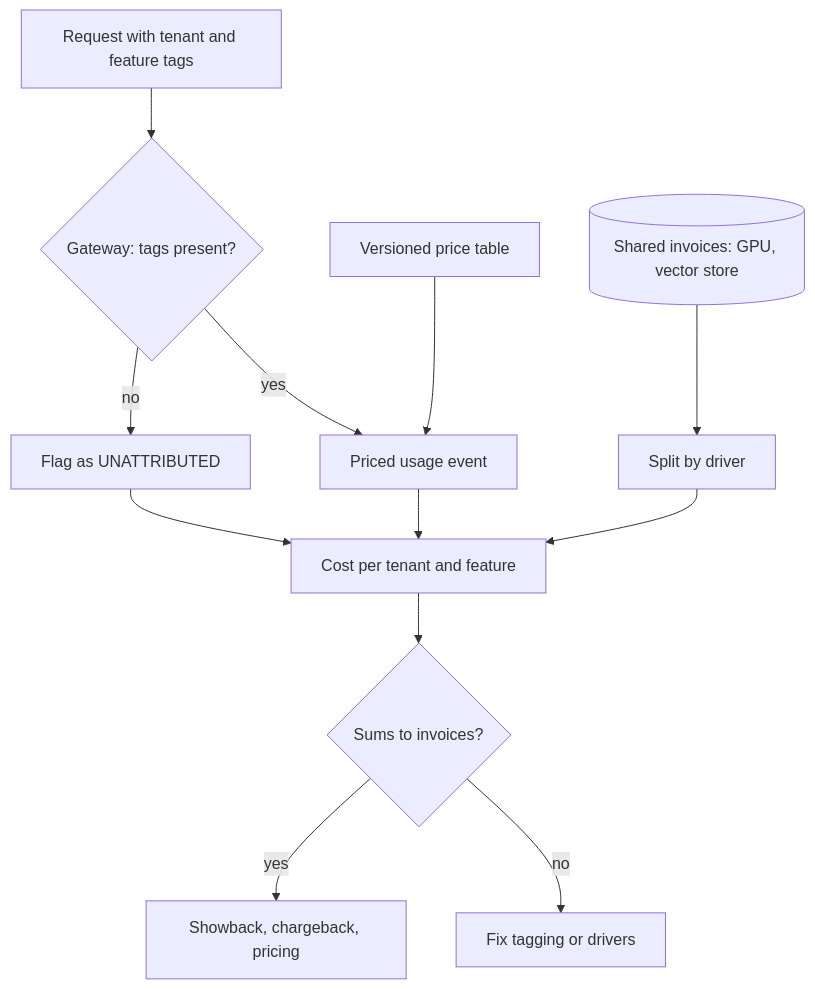
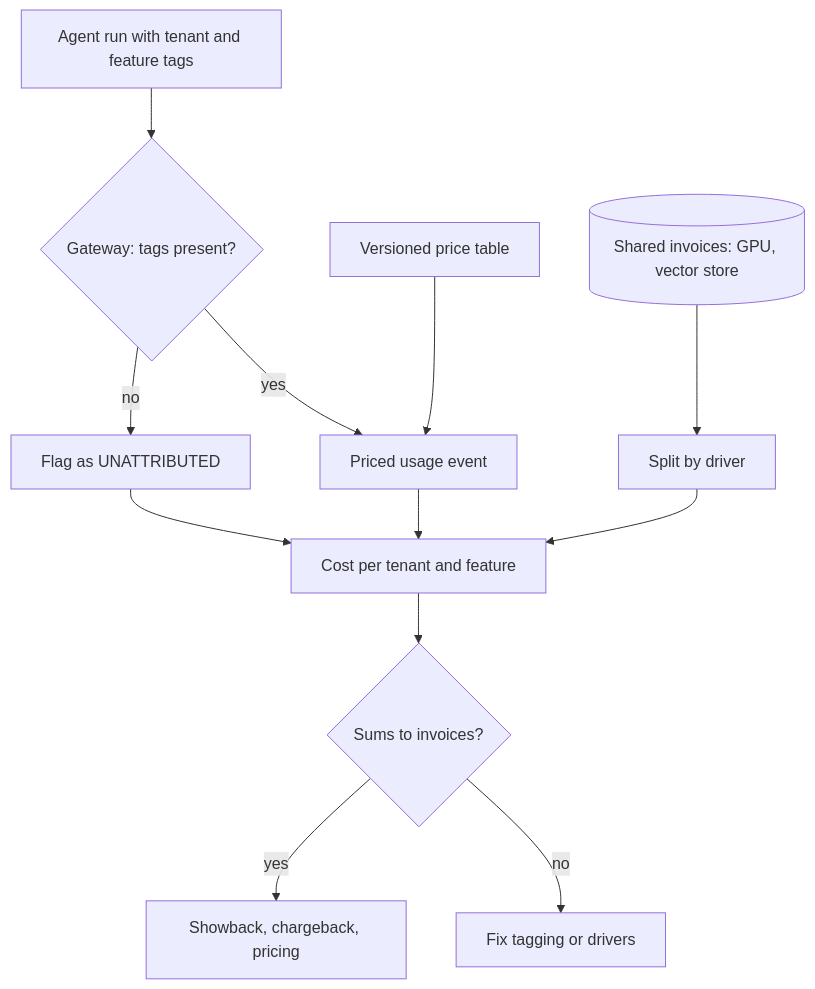
One commit to lovishmahajan97/agentic-learning changed the diagram in content/infra-capacity-economics/cost-allocation-by-tenant-and-feature.md. Above: the diagram before and after it, drawn with Mermaid. The commit also changed other lines of this file and 485 other files, not shown here.

````diff
--- a/content/infra-capacity-economics/cost-allocation-by-tenant-and-feature.md
+++ b/content/infra-capacity-economics/cost-allocation-by-tenant-and-feature.md
@@ -96,14 +112,14 @@
 ```mermaid
 flowchart TD
-    R["Request with tenant and feature tags"] --> G{"Gateway: tags present?"}
+    R["Agent run with tenant and feature tags"] --> G{"Gateway: tags present?"}
     G -->|"no"| U["Flag as UNATTRIBUTED"]
     G -->|"yes"| E["Priced usage event"]
     P["Versioned price table"] --> E
     S[("Shared invoices: GPU, vector store")] --> D["Split by driver"]
     E --> T["Cost per tenant and feature"]
     U --> T
     D --> T
     T --> C{"Sums to invoices?"}
     C -->|"yes"| O["Showback, chargeback, pricing"]
     C -->|"no"| F["Fix tagging or drivers"]
 ```
````
